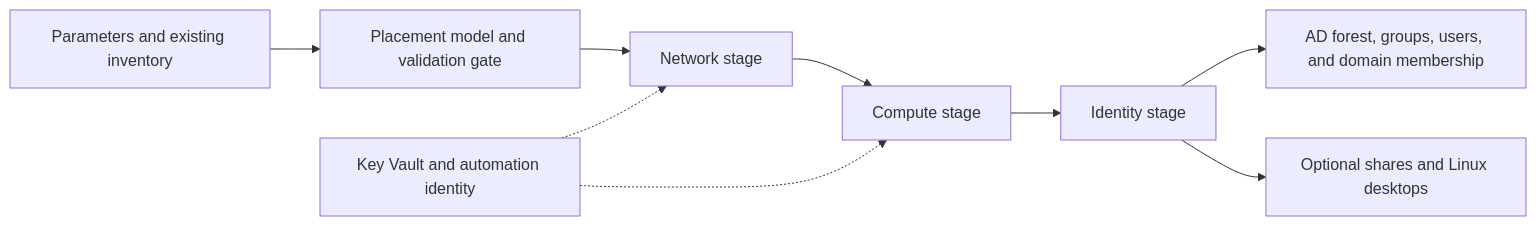
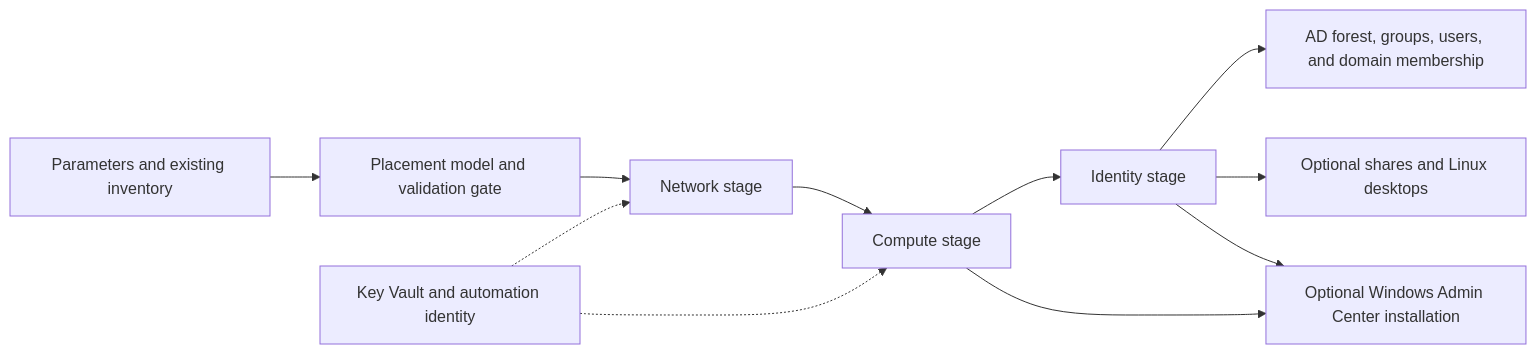
The first of 2 diagrams in docs/architecture.md (andriesdutoit-svg/azure-multiregion-lab), drawn with Mermaid before and after one commit. The commit also changed other lines of this file and 13 other files, not shown here.

First line of the commit message:
Add Windows Admin Center installation script and Bicep module

````diff
--- a/docs/architecture.md
+++ b/docs/architecture.md
@@ -13,11 +13,13 @@
 ```mermaid
 flowchart LR
   P[Parameters and existing inventory] --> R[Placement model and validation gate]
   R --> N[Network stage]
   N --> C[Compute stage]
   C --> I[Identity stage]
   F[Key Vault and automation identity] -.-> N
   F -.-> C
   I --> A[AD forest, groups, users, and domain membership]
   I --> O[Optional shares and Linux desktops]
+  C --> W[Optional Windows Admin Center installation]
+  I --> W
 ```
````
